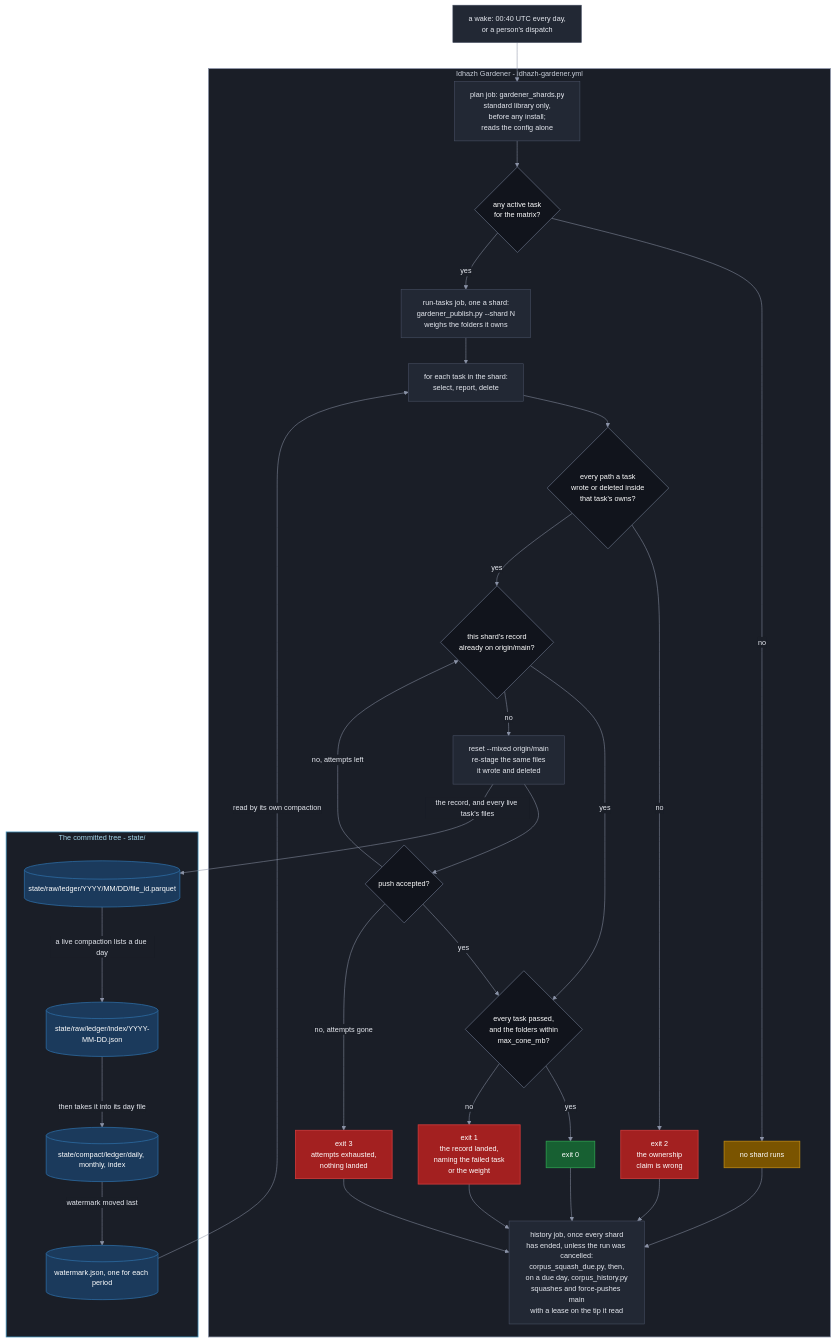
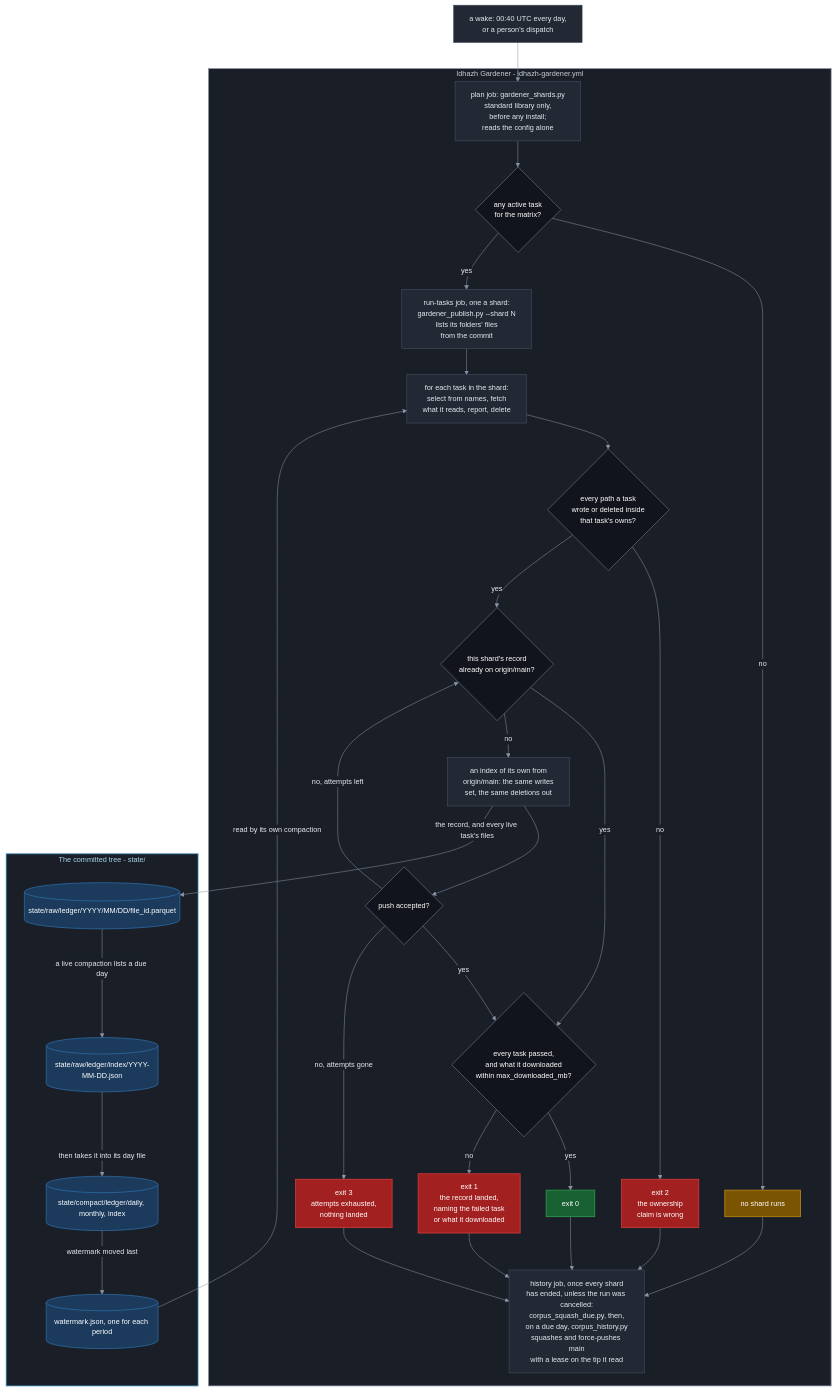
Before and after one commit to miztiik/yen-idhazh: the first of 2 diagrams in docs/architecture/publishing/idhazh-gardener.md, drawn with Mermaid. The commit also changed other lines of this file and 1 other file, not shown here.

First line of the commit message:
The gardener's page says what a shard lists, downloads and lands

````diff
--- a/docs/architecture/publishing/idhazh-gardener.md
+++ b/docs/architecture/publishing/idhazh-gardener.md
@@ -94,75 +110,75 @@
 ```mermaid
 %%{init: {"theme": "base", "themeVariables": {"background": "#0f1117", "primaryColor": "#222834", "primaryTextColor": "#e6e9f0", "primaryBorderColor": "#4b5468", "lineColor": "#8b93a7", "textColor": "#e6e9f0", "clusterBkg": "#1a1e27", "clusterBorder": "#3a4254", "titleColor": "#e6e9f0", "edgeLabelBackground": "#1a1e27", "fontSize": "14px"}}}%%
 flowchart TB
   WAKE["a wake: 00:40 UTC every day,<br/>or a person's dispatch"]
 
   subgraph OPS["Idhazh Gardener - idhazh-gardener.yml"]
     PLAN["plan job: gardener_shards.py<br/>standard library only,<br/>before any install;<br/>reads the config alone"]
     ANY{"any active task<br/>for the matrix?"}
     IDLE["no shard runs"]
-    TEND["run-tasks job, one a shard:<br/>gardener_publish.py --shard N<br/>weighs the folders it owns"]
-    RUN["for each task in the shard:<br/>select, report, delete"]
+    TEND["run-tasks job, one a shard:<br/>gardener_publish.py --shard N<br/>lists its folders' files<br/>from the commit"]
+    RUN["for each task in the shard:<br/>select from names, fetch<br/>what it reads, report, delete"]
     OWNED{"every path a task<br/>wrote or deleted inside<br/>that task's owns?"}
     OUTSIDE["exit 2<br/>the ownership<br/>claim is wrong"]
     LANDED{"this shard's record<br/>already on origin/main?"}
-    REAPPLY["reset --mixed origin/main<br/>re-stage the same files<br/>it wrote and deleted"]
+    REAPPLY["an index of its own from<br/>origin/main: the same writes<br/>set, the same deletions out"]
     PUSHED{"push accepted?"}
-    CLEAN{"every task passed,<br/>and the folders within<br/>max_cone_mb?"}
+    CLEAN{"every task passed,<br/>and what it downloaded<br/>within max_downloaded_mb?"}
     OK["exit 0"]
-    ALARM["exit 1<br/>the record landed,<br/>naming the failed task<br/>or the weight"]
+    ALARM["exit 1<br/>the record landed,<br/>naming the failed task<br/>or what it downloaded"]
     LOST["exit 3<br/>attempts exhausted,<br/>nothing landed"]
     HIST["history job, once every shard<br/>has ended, unless the run was cancelled:<br/>corpus_squash_due.py, then,<br/>on a due day, corpus_history.py<br/>squashes and force-pushes main<br/>with a lease on the tip it read"]
   end
 
   subgraph TREE["The committed tree - state/"]
     RAW[("state/raw/ledger/YYYY/MM/DD/file_id.parquet")]
     RIDX[("state/raw/ledger/index/YYYY-MM-DD.json")]
     COMPACT[("state/compact/ledger/daily, monthly, index")]
     WM[("watermark.json, one for each period")]
   end
 
   WAKE --> PLAN
   PLAN --> ANY
   ANY -->|"no"| IDLE
   ANY -->|"yes"| TEND
   TEND --> RUN
   RUN --> OWNED
   OWNED -->|"no"| OUTSIDE
   OWNED -->|"yes"| LANDED
   LANDED -->|"yes"| CLEAN
   LANDED -->|"no"| REAPPLY
   REAPPLY --> PUSHED
   PUSHED -->|"yes"| CLEAN
   PUSHED -->|"no, attempts left"| LANDED
   PUSHED -->|"no, attempts gone"| LOST
   CLEAN -->|"yes"| OK
   CLEAN -->|"no"| ALARM
   OK --> HIST
   ALARM --> HIST
   OUTSIDE --> HIST
   LOST --> HIST
   IDLE --> HIST
   REAPPLY -->|"the record, and every live task's files"| RAW
   RAW -->|"a live compaction lists a due day"| RIDX
   RIDX -->|"then takes it into its day file"| COMPACT
   COMPACT -->|"watermark moved last"| WM
   WM -->|"read by its own compaction"| RUN
 
   classDef stage fill:#222834,stroke:#4b5468,stroke-width:1px,color:#e6e9f0;
   classDef decision fill:#11141c,stroke:#5b6477,stroke-width:1.5px,color:#ffffff;
   classDef yes fill:#176032,stroke:#2ea04f,stroke-width:1.5px,color:#ffffff;
   classDef no fill:#a32020,stroke:#d23b3b,stroke-width:1.5px,color:#ffffff;
   classDef warn fill:#7a5400,stroke:#c08a12,stroke-width:1.5px,color:#ffffff;
   classDef ledger fill:#1b3a5c,stroke:#2d6ca3,stroke-width:1.5px,color:#ffffff;
   classDef sysOps fill:#1a1e27,stroke:#8b93a7,stroke-width:1.5px,color:#c8cdd8;
   classDef sysPublish fill:#1a1e27,stroke:#3f8fb8,stroke-width:1.5px,color:#a5d6ea;
 
   class WAKE,PLAN,TEND,RUN,REAPPLY,HIST stage;
   class ANY,OWNED,LANDED,PUSHED,CLEAN decision;
   class OK yes;
   class OUTSIDE,LOST,ALARM no;
   class IDLE warn;
   class RAW,RIDX,COMPACT,WM ledger;
   class OPS sysOps;
   class TREE sysPublish;
 ```
````
